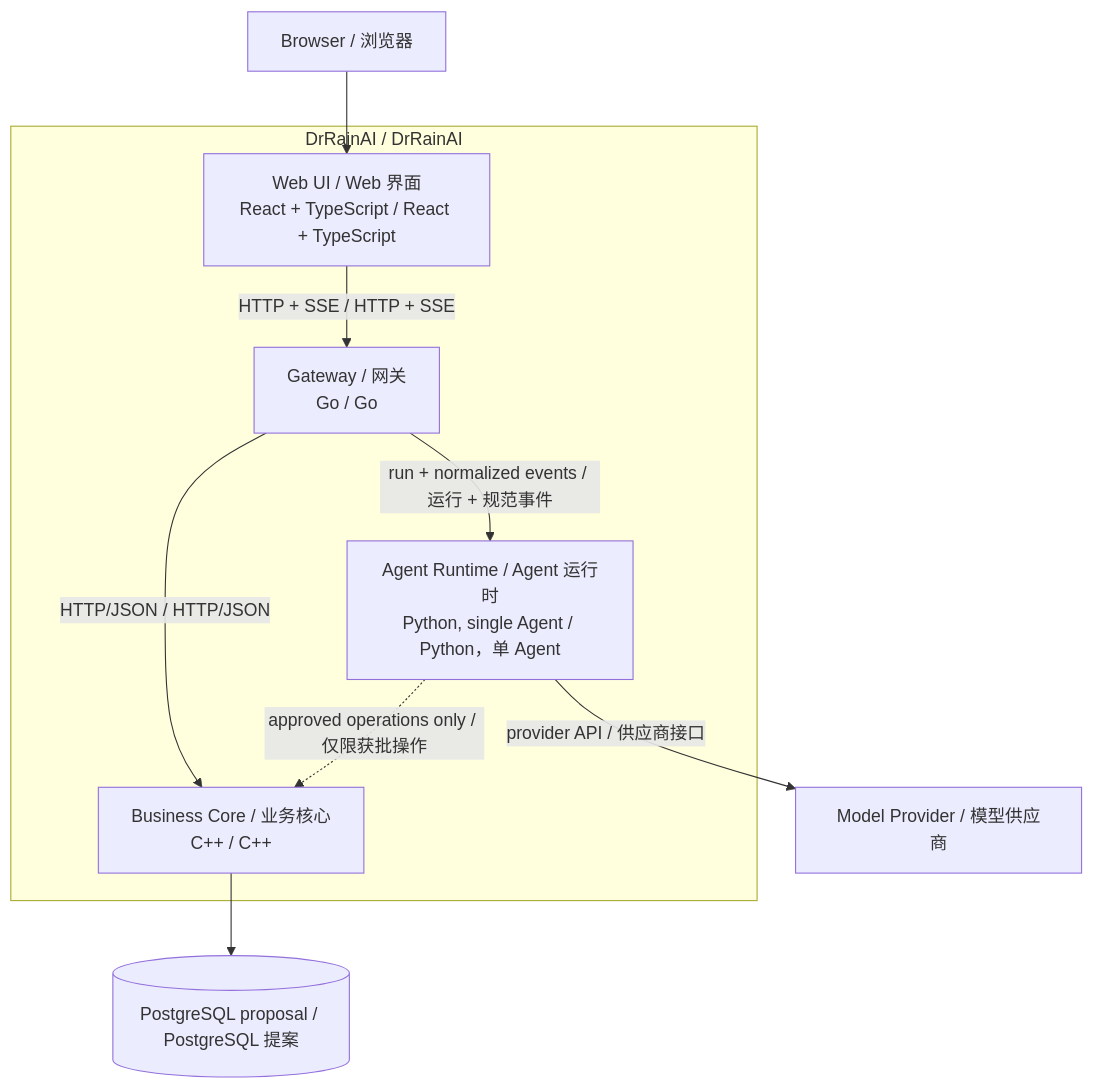
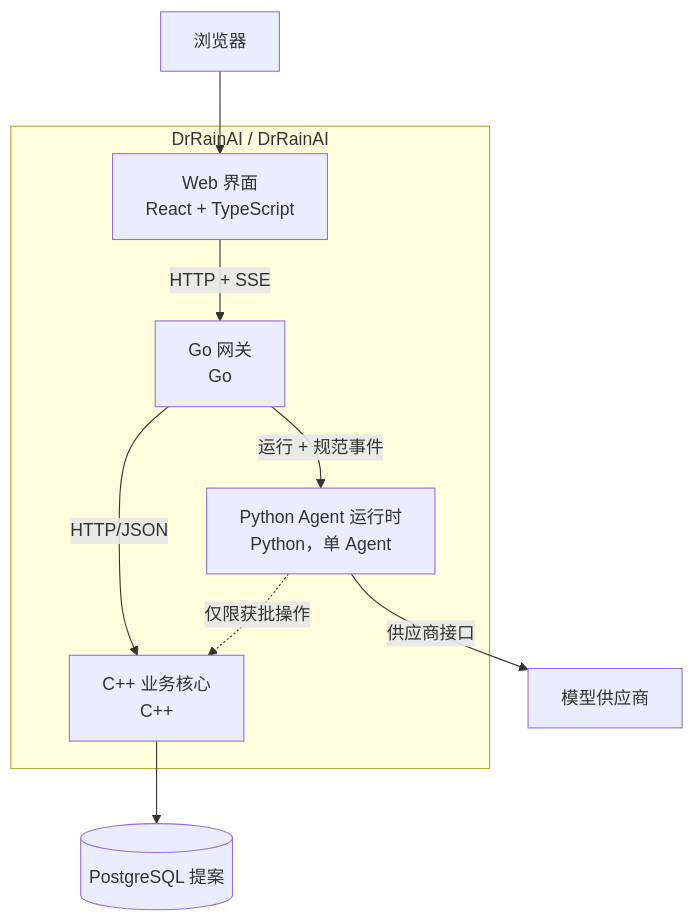
Before and after one commit to Rain0832/DrRainAI: the diagram in docs/diagrams/container-architecture.mmd, drawn with Mermaid. The commit also changed 40 other files, not shown here.

```diff
--- a/docs/diagrams/container-architecture.mmd
+++ b/docs/diagrams/container-architecture.mmd
@@ -1,16 +1,16 @@
 flowchart TB
-    browser[Browser / 浏览器]
+    browser[浏览器]
     subgraph app[DrRainAI / DrRainAI]
-        web[Web UI / Web 界面\nReact + TypeScript / React + TypeScript]
-        gateway[Gateway / 网关\nGo / Go]
-        core[Business Core / 业务核心\nC++ / C++]
-        agent[Agent Runtime / Agent 运行时\nPython, single Agent / Python，单 Agent]
+        web[Web 界面\nReact + TypeScript]
+        gateway[Go 网关\nGo]
+        core[C++ 业务核心\nC++]
+        agent[Python Agent 运行时\nPython，单 Agent]
     end
-    db[(PostgreSQL proposal / PostgreSQL 提案)]
-    provider[Model Provider / 模型供应商]
-    browser --> web -->|HTTP + SSE / HTTP + SSE| gateway
-    gateway -->|HTTP/JSON / HTTP/JSON| core
-    gateway -->|run + normalized events / 运行 + 规范事件| agent
+    db[(PostgreSQL 提案)]
+    provider[模型供应商]
+    browser --> web -->|HTTP + SSE| gateway
+    gateway -->|HTTP/JSON| core
+    gateway -->|运行 + 规范事件| agent
     core --> db
-    agent -->|provider API / 供应商接口| provider
-    agent -.->|approved operations only / 仅限获批操作| core
+    agent -->|供应商接口| provider
+    agent -.->|仅限获批操作| core
```
